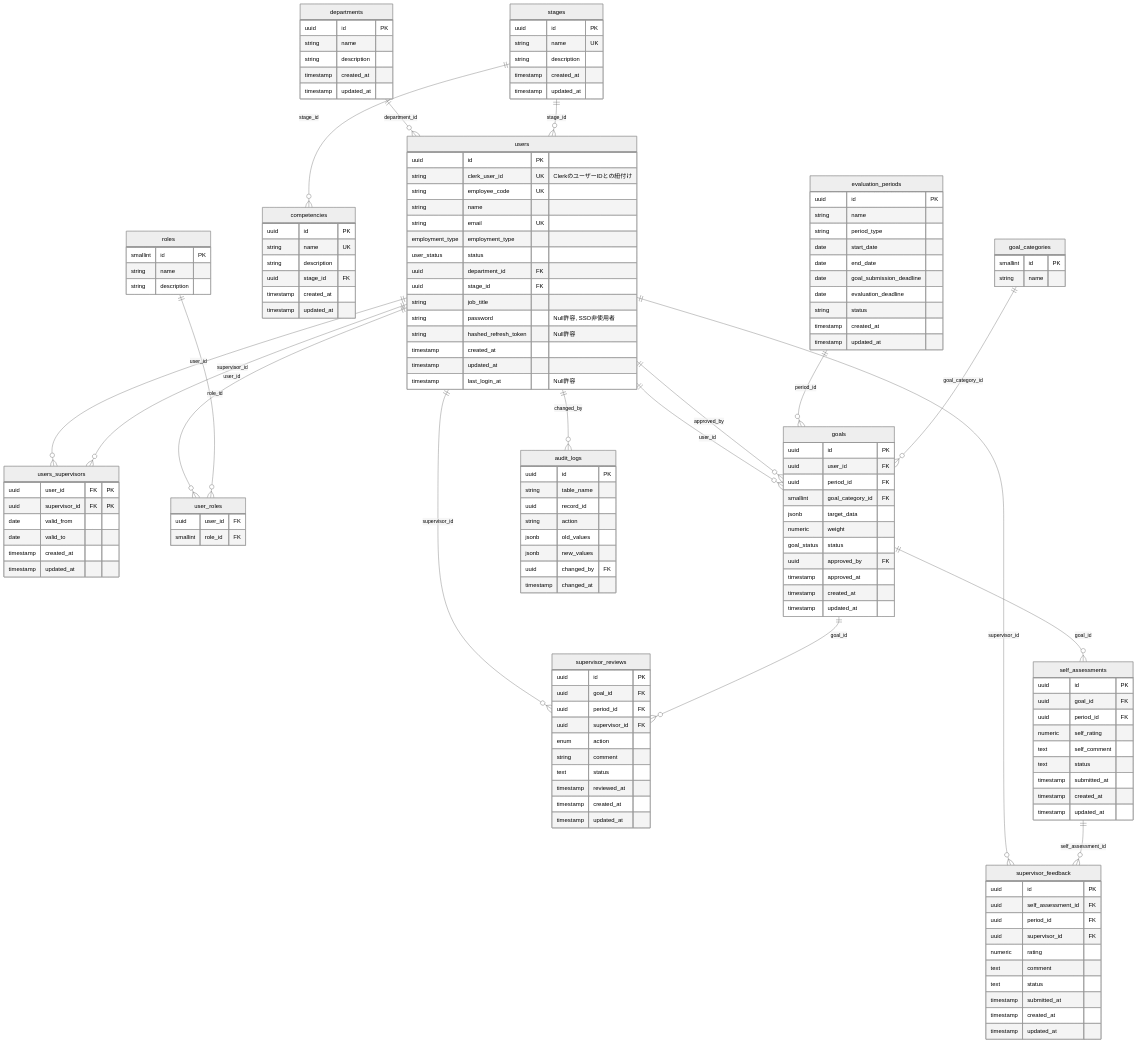
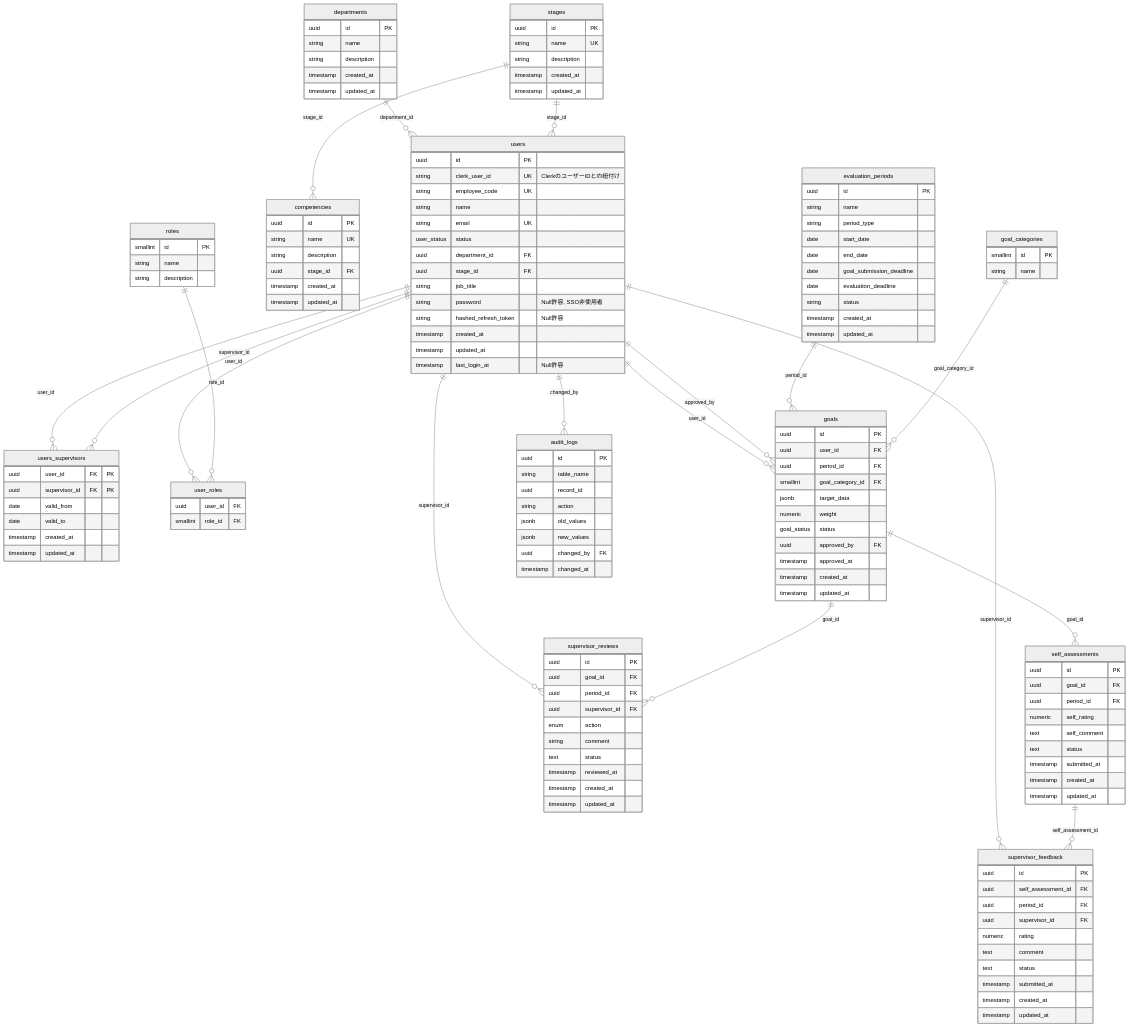
Before and after one commit to shintairiku/evaluation-system: the diagram in docs/db_entity.md, drawn with Mermaid (neutral theme).

Commit message:
feat(migrations): remove employment_type field from users entity diagram for clarity

```diff
--- a/docs/db_entity.md
+++ b/docs/db_entity.md
@@ -7,7 +7,6 @@
         string employee_code UK
         string name
         string email UK
-        employment_type employment_type
         user_status status
         uuid department_id FK
         uuid stage_id FK
```
